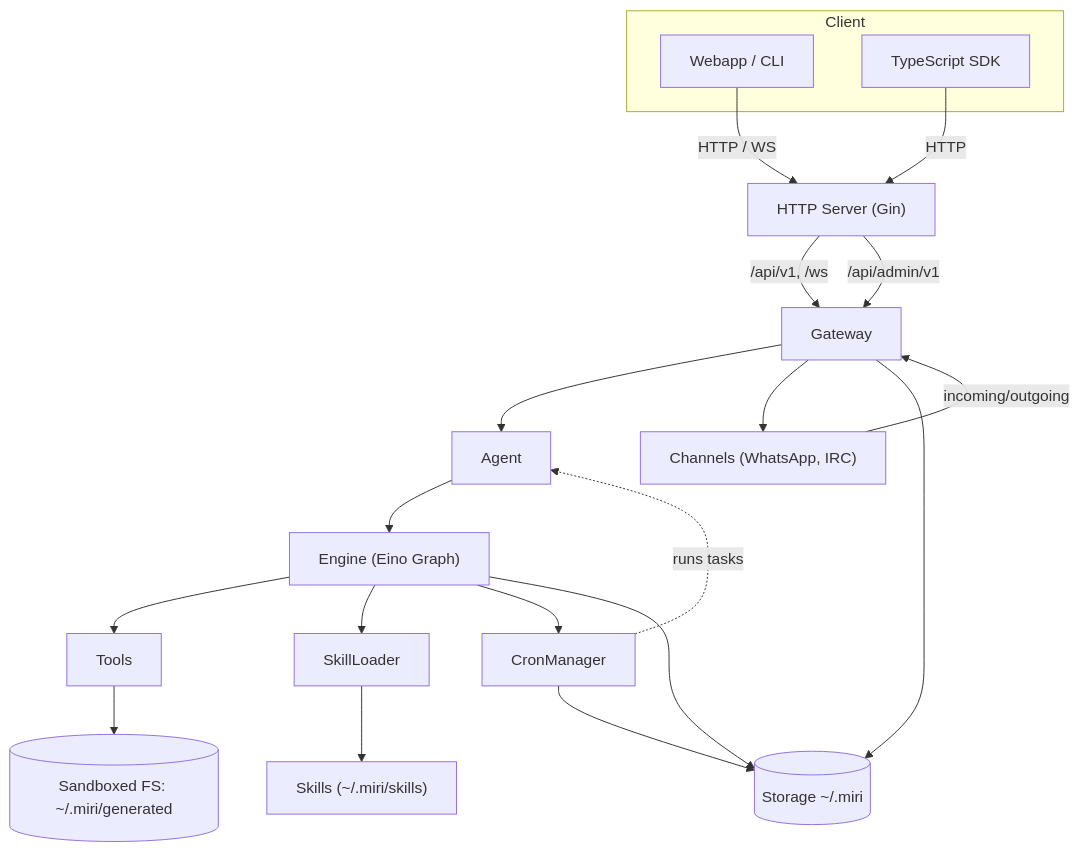
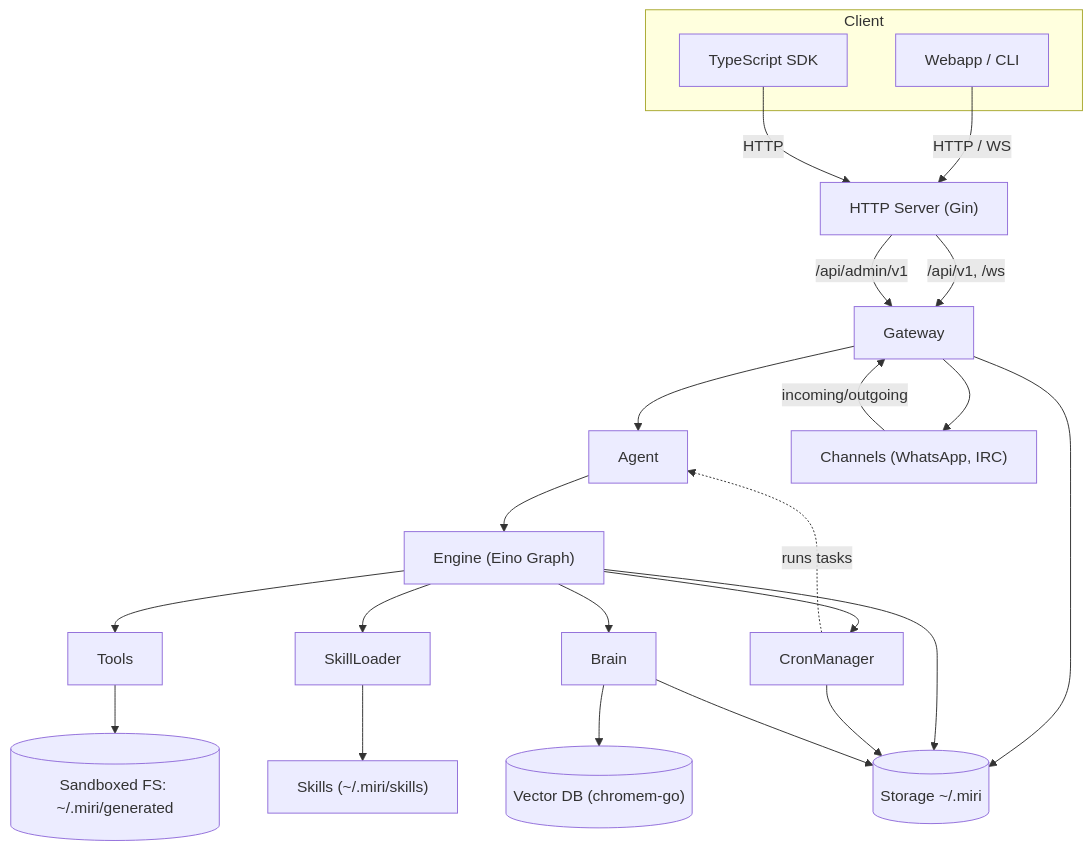
The diagram in README.md (AlexRockShouts/miri-main), drawn with Mermaid before and after one commit. The commit also changed other lines of this file and 71 other files, not shown here.

````diff
--- a/README.md
+++ b/README.md
@@ -9,30 +9,33 @@
 ```mermaid
 flowchart TD
   subgraph Client
     UI[Webapp / CLI]
     SDK[TypeScript SDK]
   end
 
   UI -->|"HTTP / WS"| REST["HTTP Server (Gin)"]
   SDK -->|HTTP| REST
 
   REST -->|"/api/v1, /ws"| GW[Gateway]
   REST -->|/api/admin/v1| GW
 
   GW --> AG[Agent]
   GW --> CH["Channels (WhatsApp, IRC)"]
   CH -->|incoming/outgoing| GW
 
   AG --> EN["Engine (Eino Graph)"]
   EN --> TL[Tools]
   EN --> SL[SkillLoader]
   EN --> CR[CronManager]
+  EN --> BR[Brain]
 
   SL --> SK["Skills (~/.miri/skills)"]
   TL --> FS[("Sandboxed FS: ~/.miri/generated")]
+  BR --> VM[("Vector DB (chromem-go)")]
 
   GW --> ST[("Storage ~/.miri")]
   EN --> ST
   CR --> ST
+  BR --> ST
   CR -.->|runs tasks| AG
 ```
````
